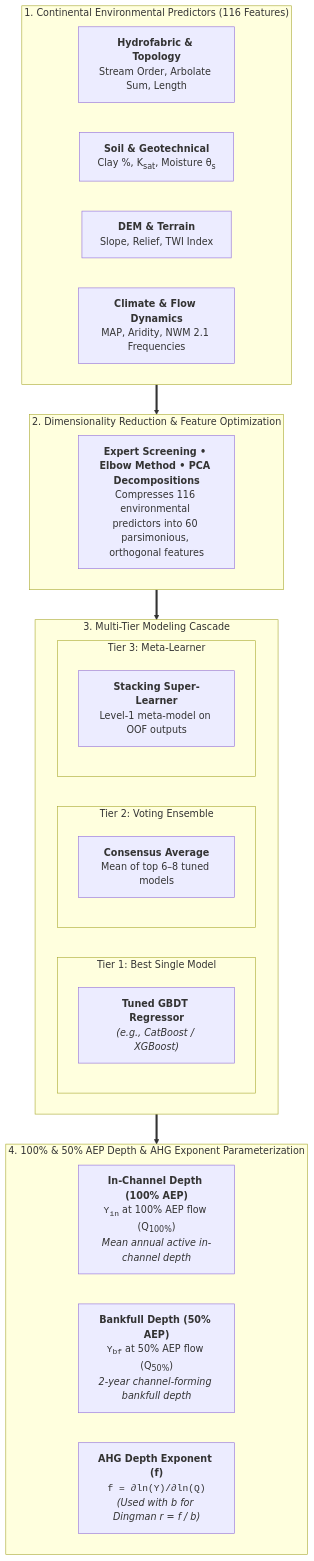
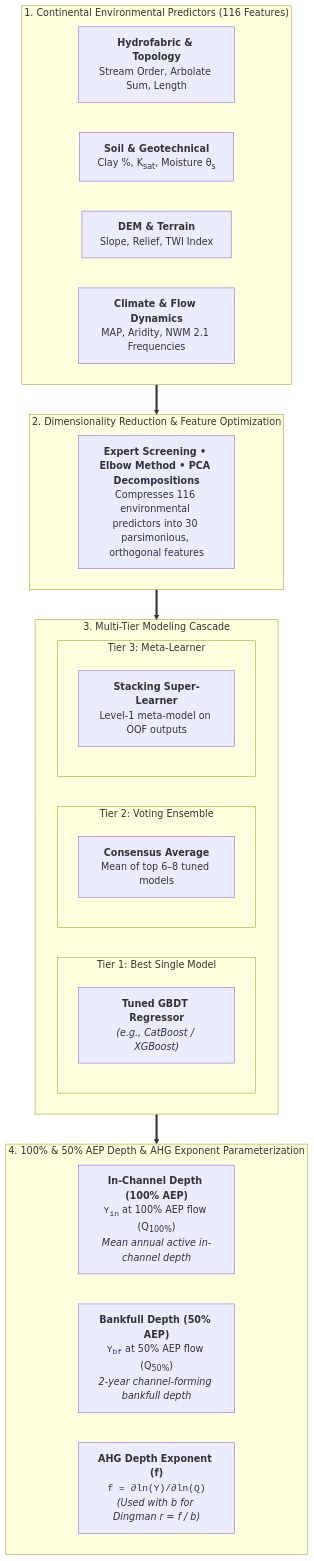
One commit to arashmodrad/ml_web changed the first of 2 diagrams in docs/v1.0/y/index.md. Above: the diagram before and after it, drawn with Mermaid. The commit also changed other lines of this file and 33 other files, not shown here.

````diff
--- a/docs/v1.0/y/index.md
+++ b/docs/v1.0/y/index.md
@@ -15,49 +15,49 @@
 ```mermaid
 flowchart TD
     subgraph INPUTS ["1. Continental Environmental Predictors (116 Features)"]
         direction LR
         HYD["<b>Hydrofabric & Topology</b><br/>Stream Order, Arbolate Sum, Length"]
         SOIL["<b>Soil & Geotechnical</b><br/>Clay %, K<sub>sat</sub>, Moisture &theta;<sub>s</sub>"]
         DEM["<b>DEM & Terrain</b><br/>Slope, Relief, TWI Index"]
         CLIM["<b>Climate & Flow Dynamics</b><br/>MAP, Aridity, NWM 2.1 Frequencies"]
     end
 
     subgraph REDUCTION ["2. Dimensionality Reduction & Feature Optimization"]
-        AE["<b>Expert Screening &bull; Elbow Method &bull; PCA Decompositions</b><br/>Compresses 116 environmental predictors into 60 parsimonious, orthogonal features"]
+        AE["<b>Expert Screening &bull; Elbow Method &bull; PCA Decompositions</b><br/>Compresses 116 environmental predictors into 30 parsimonious, orthogonal features"]
     end
 
     subgraph ENSEMBLE ["3. Multi-Tier Modeling Cascade"]
         direction LR
         subgraph T1 ["Tier 1: Best Single Model"]
             M1["<b>Tuned GBDT Regressor</b><br/><i>(e.g., CatBoost / XGBoost)</i>"]
         end
 
         subgraph T2 ["Tier 2: Voting Ensemble"]
             M2["<b>Consensus Average</b><br/>Mean of top 6&ndash;8 tuned models"]
         end
 
         subgraph T3 ["Tier 3: Meta-Learner"]
             M3["<b>Stacking Super-Learner</b><br/>Level-1 meta-model on OOF outputs"]
         end
     end
 
     subgraph OUTPUTS ["4. 100% & 50% AEP Depth & AHG Exponent Parameterization"]
         direction LR
         DEPTH_IN["<b>In-Channel Depth (100% AEP)</b><br/><code>Y<sub>in</sub></code> at 100% AEP flow (Q<sub>100%</sub>)<br/><i>Mean annual active in-channel depth</i>"]
         DEPTH_BF["<b>Bankfull Depth (50% AEP)</b><br/><code>Y<sub>bf</sub></code> at 50% AEP flow (Q<sub>50%</sub>)<br/><i>2-year channel-forming bankfull depth</i>"]
         AHG_F["<b>AHG Depth Exponent (f)</b><br/><code>f = &part;ln(Y)/&part;ln(Q)</code><br/><i>(Used with b for Dingman r = f / b)</i>"]
     end
 
     INPUTS ==> REDUCTION
     REDUCTION ==> ENSEMBLE
     ENSEMBLE ==> OUTPUTS
 
     class INPUTS highlight-blue;
     class REDUCTION highlight-blue;
     class T1 highlight-blue;
     class T2 highlight-teal;
     class T3 highlight-orange;
     class DEPTH_IN highlight-teal;
     class DEPTH_BF highlight-orange;
     class AHG_F highlight-blue;
 ```
````
